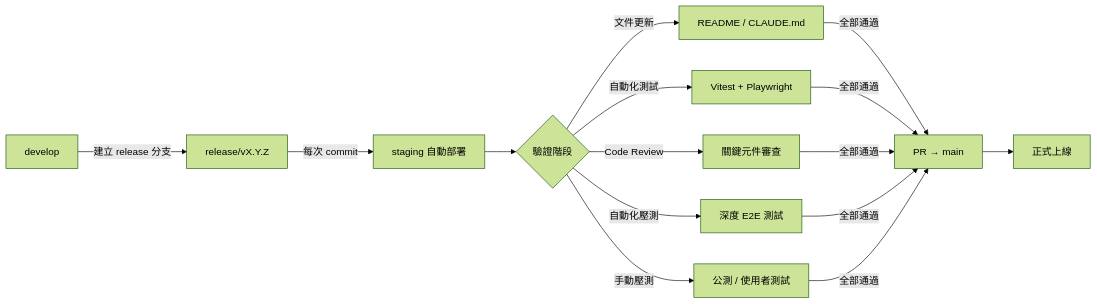
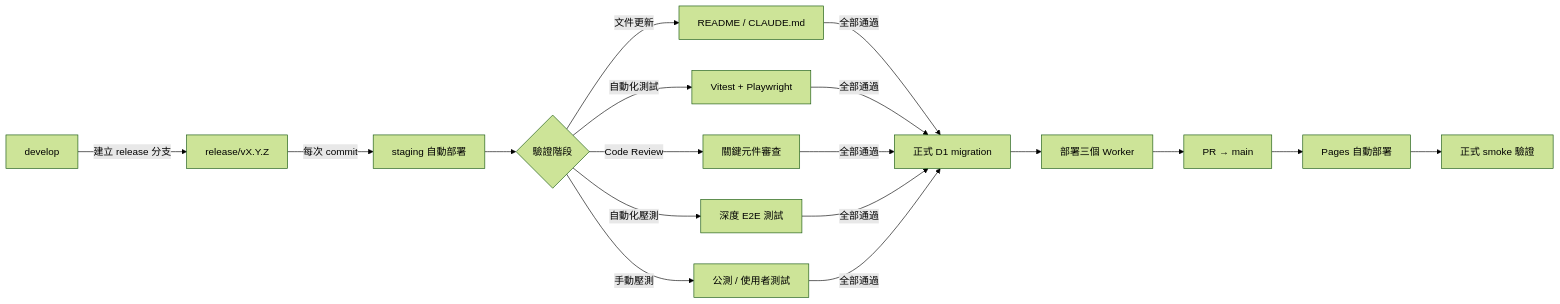
Before and after one commit to Unforgettableeternalproject/Eternity: the diagram in docs/release-workflow.md, drawn with Mermaid (forest theme). The commit also changed other lines of this file and 760 other files, not shown here.

````diff
--- a/docs/release-workflow.md
+++ b/docs/release-workflow.md
@@ -11,13 +17,16 @@
 ```mermaid
 graph LR
     A[develop] -->|建立 release 分支| B[release/vX.Y.Z]
     B -->|每次 commit| C[staging 自動部署]
     C --> D{驗證階段}
     D -->|文件更新| E[README / CLAUDE.md]
     D -->|自動化測試| F[Vitest + Playwright]
     D -->|Code Review| G[關鍵元件審查]
     D -->|自動化壓測| H[深度 E2E 測試]
     D -->|手動壓測| I[公測 / 使用者測試]
-    E & F & G & H & I -->|全部通過| J[PR → main]
-    J --> K[正式上線]
+    E & F & G & H & I -->|全部通過| P[正式 D1 migration]
+    P --> Q[部署三個 Worker]
+    Q --> J[PR → main]
+    J --> K[Pages 自動部署]
+    K --> L[正式 smoke 驗證]
 ```
````
